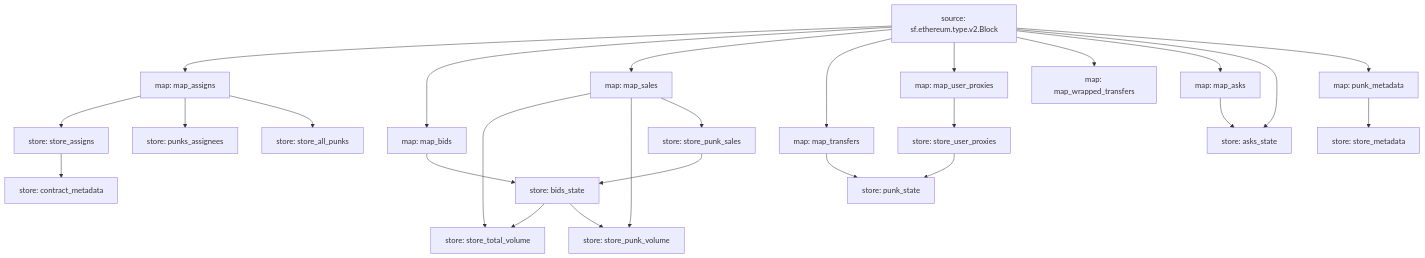
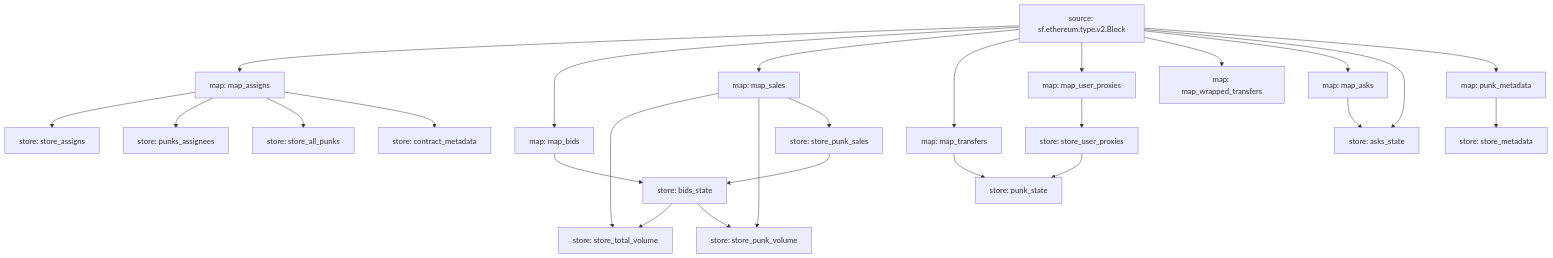
One commit to itsjerryokolo/cryptopunks_substreams changed the diagram in README.md. Above: the diagram before and after it, drawn with Mermaid. The commit also changed 1 other file, not shown here.

````diff
--- a/README.md
+++ b/README.md
@@ -4,48 +4,48 @@
 ```mermaid
 graph TD;
   map_assigns[map: map_assigns]
   sf.ethereum.type.v2.Block[source: sf.ethereum.type.v2.Block] --> map_assigns
   store_assigns[store: store_assigns]
   map_assigns --> store_assigns
   punks_assignees[store: punks_assignees]
   map_assigns --> punks_assignees
   map_bids[map: map_bids]
   sf.ethereum.type.v2.Block[source: sf.ethereum.type.v2.Block] --> map_bids
   bids_state[store: bids_state]
   map_bids --> bids_state
   store_punk_sales --> bids_state
   store_all_punks[store: store_all_punks]
   map_assigns --> store_all_punks
   store_total_volume[store: store_total_volume]
   map_sales --> store_total_volume
   bids_state --> store_total_volume
   store_punk_volume[store: store_punk_volume]
   map_sales --> store_punk_volume
   bids_state --> store_punk_volume
   store_punk_sales[store: store_punk_sales]
   map_sales --> store_punk_sales
   map_sales[map: map_sales]
   sf.ethereum.type.v2.Block[source: sf.ethereum.type.v2.Block] --> map_sales
   map_transfers[map: map_transfers]
   sf.ethereum.type.v2.Block[source: sf.ethereum.type.v2.Block] --> map_transfers
   punk_state[store: punk_state]
   map_transfers --> punk_state
   store_user_proxies --> punk_state
   map_user_proxies[map: map_user_proxies]
   sf.ethereum.type.v2.Block[source: sf.ethereum.type.v2.Block] --> map_user_proxies
   map_wrapped_transfers[map: map_wrapped_transfers]
   sf.ethereum.type.v2.Block[source: sf.ethereum.type.v2.Block] --> map_wrapped_transfers
   store_user_proxies[store: store_user_proxies]
   map_user_proxies --> store_user_proxies
   map_asks[map: map_asks]
   sf.ethereum.type.v2.Block[source: sf.ethereum.type.v2.Block] --> map_asks
   asks_state[store: asks_state]
   map_asks --> asks_state
   sf.ethereum.type.v2.Block[source: sf.ethereum.type.v2.Block] --> asks_state
   contract_metadata[store: contract_metadata]
-  store_assigns --> contract_metadata
+  map_assigns --> contract_metadata
   punk_metadata[map: punk_metadata]
   sf.ethereum.type.v2.Block[source: sf.ethereum.type.v2.Block] --> punk_metadata
   store_metadata[store: store_metadata]
   punk_metadata --> store_metadata
 ```
````
